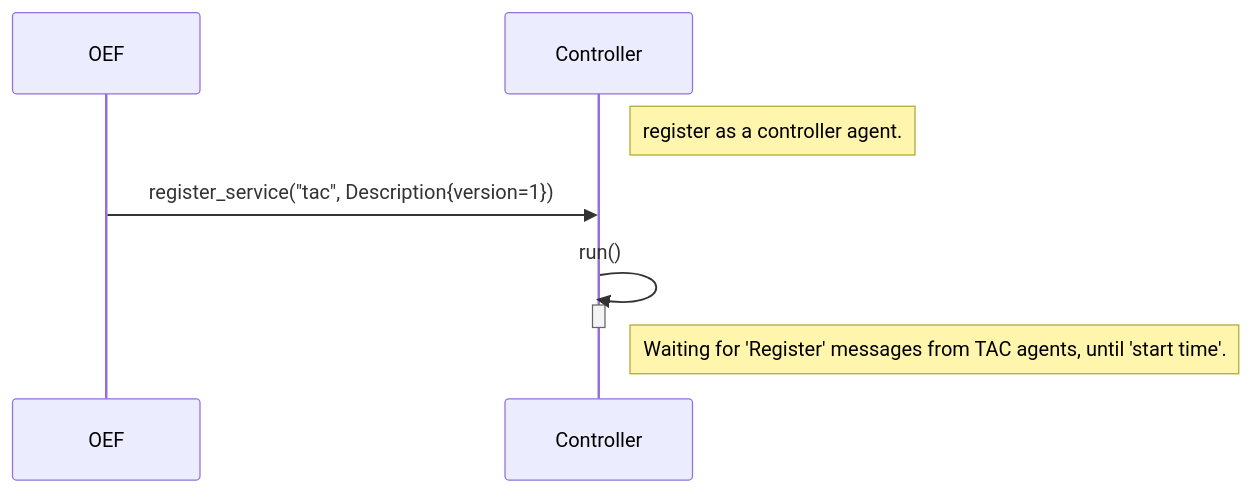
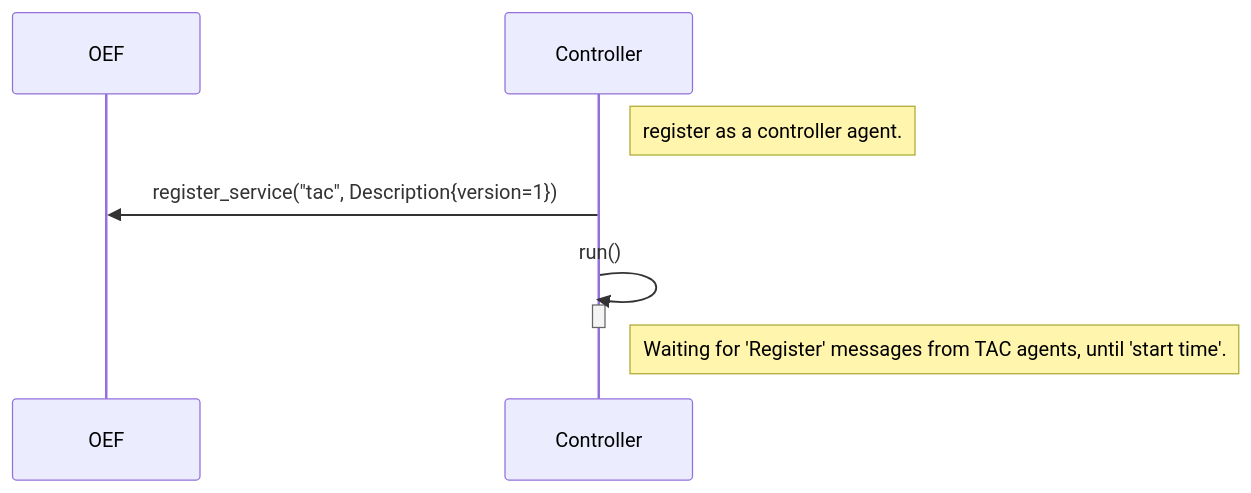
One commit to fetchai/agents-tac changed the diagram in docs/_static/diagrams/controller_setup.mmd. Above: the diagram before and after it, drawn with Mermaid.

Commit message:
invert arrow in 'controller_setup' diagram.

```diff
--- a/docs/_static/diagrams/controller_setup.mmd
+++ b/docs/_static/diagrams/controller_setup.mmd
@@ -1,12 +1,12 @@
 sequenceDiagram
     participant OEF
     participant Controller
 
     Note right of Controller: register as a controller agent.
 
-    OEF->>Controller: register_service("tac", Description{version=1})
+    Controller->>OEF: register_service("tac", Description{version=1})
     Controller->>Controller: run()
     activate Controller
     deactivate Controller
 
     Note right of Controller: Waiting for 'Register' messages from TAC agents, until 'start time'.
```
